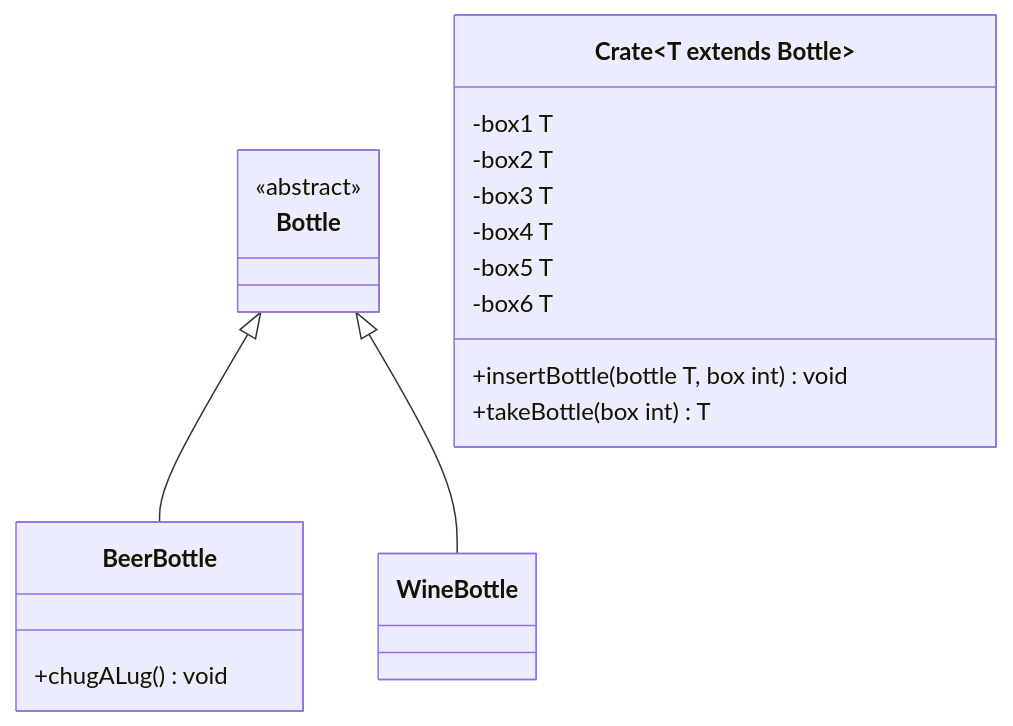
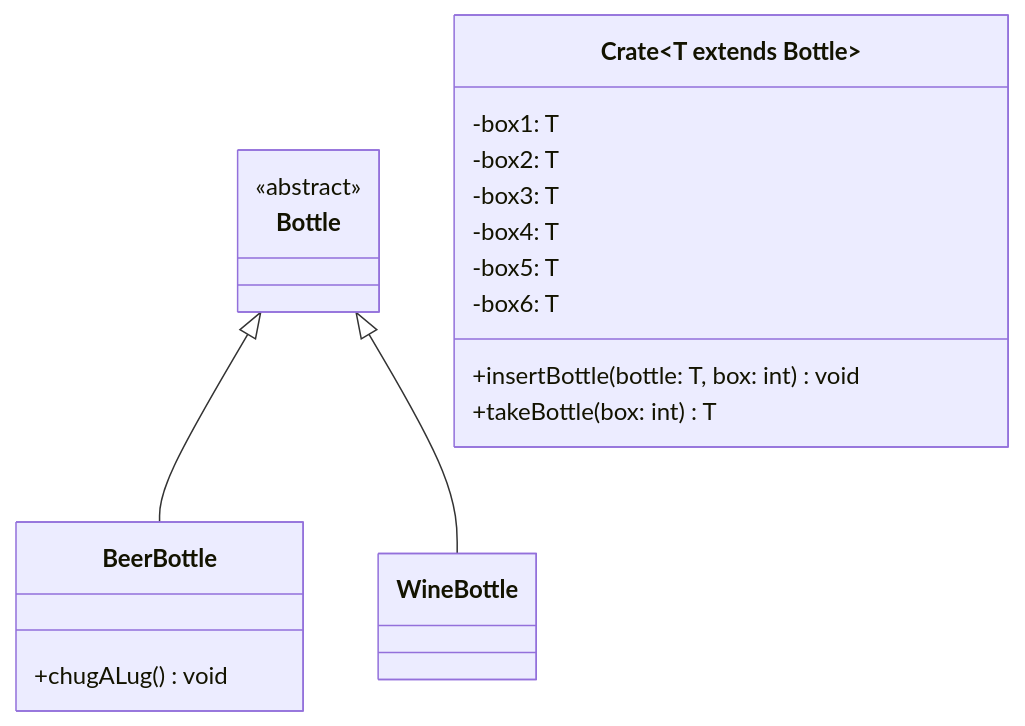
The diagram in docs/exercises/generics/generics02.mdx (jappuccini/java-docs), drawn with Mermaid before and after one commit. The commit also changed 76 other files, not shown here.

Commit message:
uml fixes (colons, properties), headline fixes (italic) and exam result updates

````diff
--- a/docs/exercises/generics/generics02.mdx
+++ b/docs/exercises/generics/generics02.mdx
@@ -15,28 +15,28 @@
 ```mermaid
 classDiagram
     Bottle <|-- BeerBottle
     Bottle <|-- WineBottle
 
     class Crate~T extends Bottle~ {
-        -box1 T
-        -box2 T
-        -box3 T
-        -box4 T
-        -box5 T
-        -box6 T
-        +insertBottle(bottle T, box int) void
-        +takeBottle(box int) T
+        -box1: T
+        -box2: T
+        -box3: T
+        -box4: T
+        -box5: T
+        -box6: T
+        +insertBottle(bottle: T, box: int) void
+        +takeBottle(box: int) T
     }
 
     class Bottle {
         <<abstract>>
     }
 
     class BeerBottle {
         +chugALug() void
     }
 
     class WineBottle {
 
     }
 ```
````
